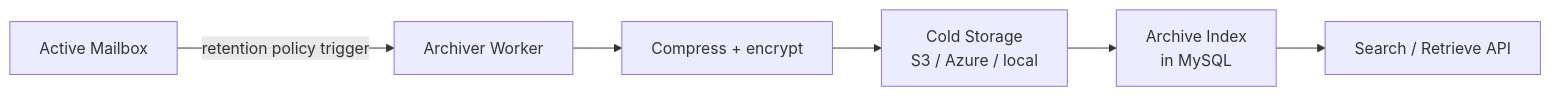
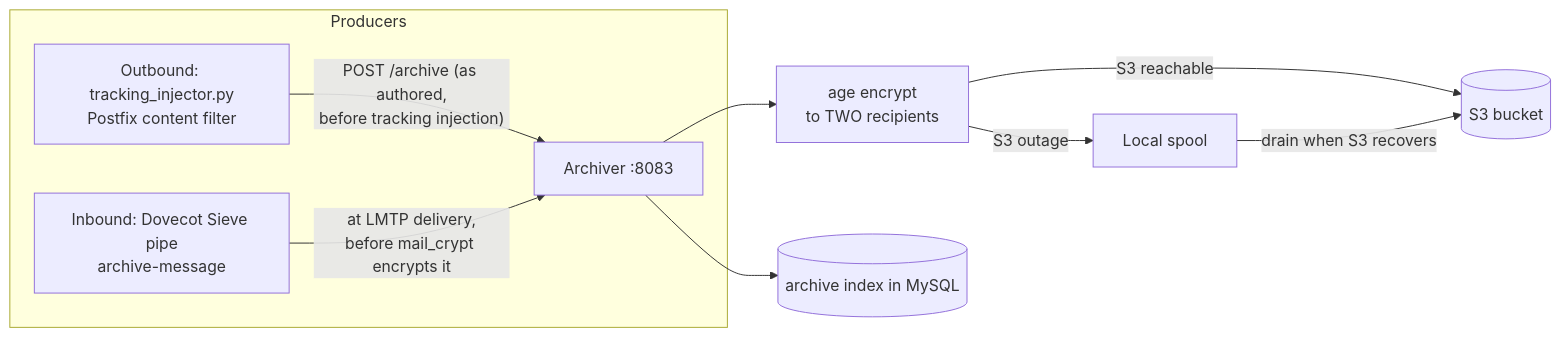
The diagram in docs/features/archiving.md (Techies-Africa/mailyte-mail-server-community), drawn with Mermaid before and after one commit. The commit also changed other lines of this file and 481 other files, not shown here.

````diff
--- a/docs/features/archiving.md
+++ b/docs/features/archiving.md
@@ -21,8 +9,12 @@
 ```mermaid
 flowchart LR
-    A[Active Mailbox] -->|retention policy trigger| B[Archiver Worker]
-    B --> C[Compress + encrypt]
-    C --> D[Cold Storage\nS3 / Azure / local]
-    D --> E[Archive Index\nin MySQL]
-    E --> F[Search / Retrieve API]
+    subgraph Producers
+        A[Outbound: tracking_injector.py\nPostfix content filter] -->|"POST /archive (as authored,\nbefore tracking injection)"| C
+        B[Inbound: Dovecot Sieve pipe\narchive-message] -->|at LMTP delivery,\nbefore mail_crypt encrypts it| C
+    end
+    C[Archiver :8083] --> D[age encrypt\nto TWO recipients]
+    D -->|S3 reachable| E[(S3 bucket)]
+    D -->|S3 outage| F[Local spool]
+    F -->|drain when S3 recovers| E
+    C --> G[(archive index in MySQL)]
 ```
````
